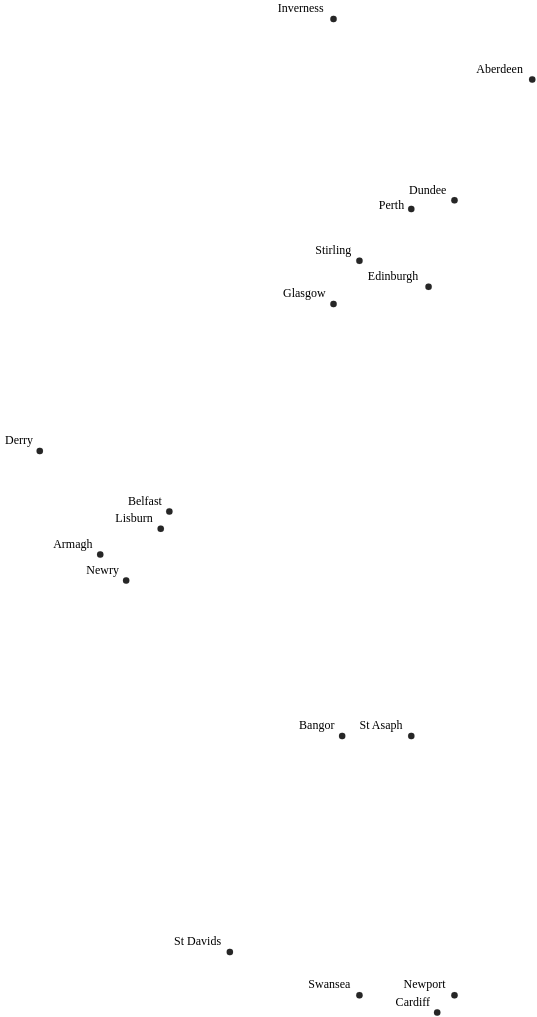
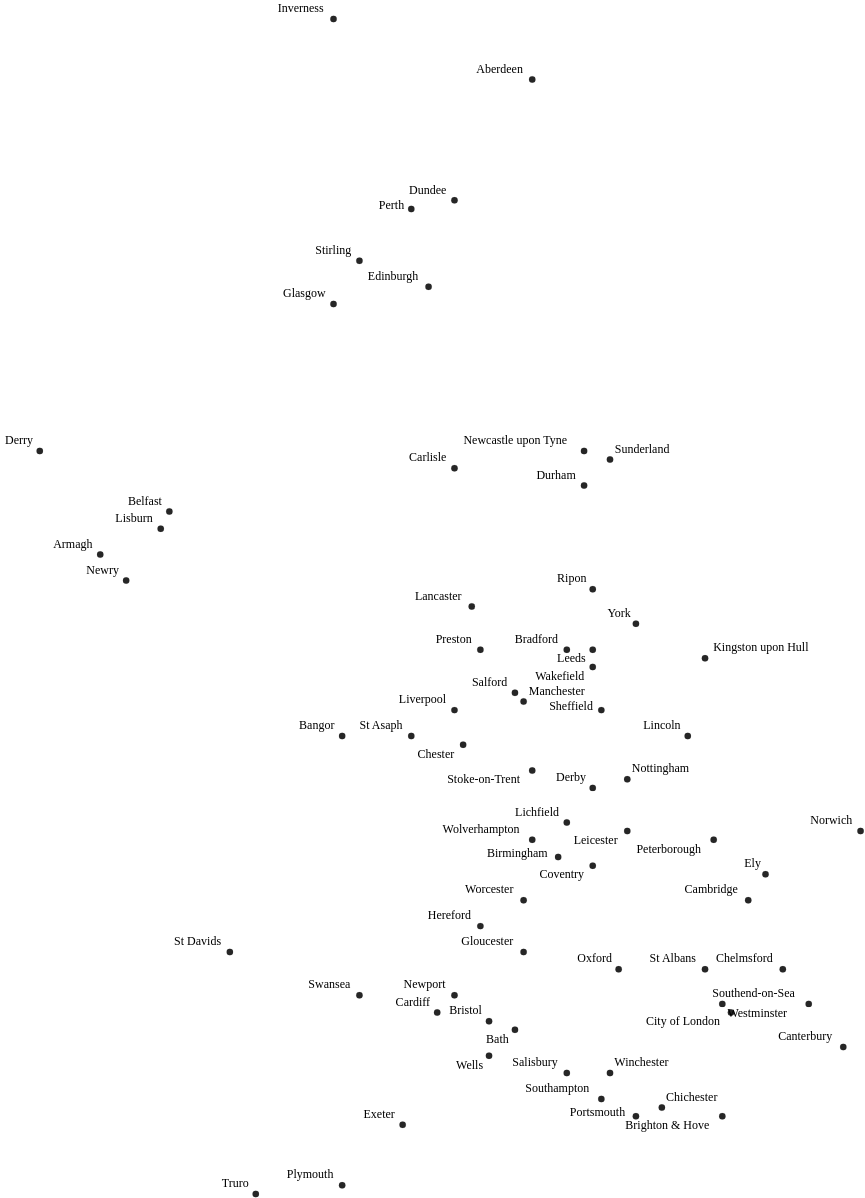
The diagram in uk-roadmap/roadmap.dot (irishmicoletcando/stacks-queues-priorityqueues), drawn with Graphviz before and after one commit.

Commit message:
Add information about the country of England

```diff
--- a/uk-roadmap/roadmap.dot
+++ b/uk-roadmap/roadmap.dot
@@ -1,38 +1,95 @@
 graph "Cities in the United Kingdom" {
   graph [layout = fdp; bgcolor = white;];
   node [shape = point; color = gray15; height = 0.75; fontsize = 100;];
   edge [color = gray15; penwidth = 2.5; fontsize = 60;];
   
   // north ireland info
   subgraph northern_ireland {
     node [country = "Northern Ireland";];
     armagh [year = 1994;latitude = 54.3499;longitude = -6.6546;xlabel = "Armagh";pos = "7,74!";];
     belfast [year = 1888;latitude = 54.596389;longitude = -5.93;xlabel = "Belfast";pos = "15,79!";];
     derry [year = 1604;latitude = 54.9975;longitude = -7.32;xlabel = "Derry";pos = "0,86!";];
     lisburn [year = 2002;latitude = 54.512;longitude = -6.031;xlabel = "Lisburn";pos = "14,77!";];
     newry [year = 2002;latitude = 54.176;longitude = -6.349;xlabel = "Newry";pos = "10,71!";];
   }
   
   // wales info
   subgraph wales {
     node [country = "Wales";];
     bangor [year = 0;latitude = 53.228;longitude = -4.128;xlabel = "Bangor";pos = "35,53!";];
     cardiff [year = 1905;latitude = 51.481667;longitude = -3.179167;xlabel = "Cardiff";pos = "46,21!";];
     newport [year = 2002;latitude = 51.583333;longitude = -3;xlabel = "Newport";pos = "48,23!";];
     st_asaph [year = 2012;latitude = 53.258;longitude = -3.442;xlabel = "St Asaph";pos = "43,53!";];
     st_davids [year = 1994;latitude = 51.882;longitude = -5.269;xlabel = "St Davids";pos = "22,28!";];
     swansea [year = 1969;latitude = 51.616667;longitude = -3.95;xlabel = "Swansea";pos = "37,23!";];
   }
   
   // scotland info
   subgraph scotland {
     node [country = "Scotland";];
     aberdeen [year = 1891;latitude = 57.15;longitude = -2.11;xlabel = "Aberdeen";pos = "57,129!";];
     dundee [year = 1889;latitude = 56.462;longitude = -2.9707;xlabel = "Dundee";pos = "48,115!";];
     edinburgh [year = 1329;latitude = 55.953333;longitude = -3.189167;xlabel = "Edinburgh";pos = "45,105!";];
     glasgow [year = 1492;latitude = 55.861111;longitude = -4.25;xlabel = "Glasgow";pos = "34,103!";];
     inverness [year = 2001;latitude = 57.4778;longitude = -4.2247;xlabel = "Inverness";pos = "34,136!";];
     perth [year = 2012;latitude = 56.395833;longitude = -3.433333;xlabel = "Perth";pos = "43,114!";];
     stirling [year = 2002;latitude = 56.1166;longitude = -3.9369;xlabel = "Stirling";pos = "37,108!";];
   }
+  
+  // england info
+  subgraph england {
+    node [country = "England";];
+    bath [year = 1090;latitude = 51.38;longitude = -2.36;xlabel = "Bath";pos = "55,19!";];
+    birmingham [year = 1889;latitude = 52.48;longitude = -1.9025;xlabel = "Birmingham";pos = "60,39!";];
+    bradford [year = 1897;latitude = 53.792;longitude = -1.754;xlabel = "Bradford";pos = "61,63!";];
+    brighton [year = 2001;latitude = 50.827778;longitude = -0.152778;xlabel = "Brighton & Hove";pos = "79,9!";];
+    bristol [year = 1542;latitude = 51.45;longitude = -2.583333;xlabel = "Bristol";pos = "52,20!";];
+    cambridge [year = 1951;latitude = 52.205278;longitude = 0.119167;xlabel = "Cambridge";pos = "82,34!";];
+    canterbury [year = 0;latitude = 51.28;longitude = 1.08;xlabel = "Canterbury";pos = "93,17!";];
+    carlisle [year = 1133;latitude = 54.890833;longitude = -2.943889;xlabel = "Carlisle";pos = "48,84!";];
+    chelmsford [year = 2012;latitude = 51.735278;longitude = 0.479167;xlabel = "Chelmsford";pos = "86,26!";];
+    chester [year = 1541;latitude = 53.19;longitude = -2.89;xlabel = "Chester";pos = "49,52!";];
+    chichester [year = 1075;latitude = 50.8365;longitude = -0.7792;xlabel = "Chichester";pos = "72,10!";];
+    coventry [year = 1102;latitude = 52.408056;longitude = -1.510556;xlabel = "Coventry";pos = "64,38!";];
+    derby [year = 1977;latitude = 52.916667;longitude = -1.483333;xlabel = "Derby";pos = "64,47!";];
+    durham [year = 995;latitude = 54.7761;longitude = -1.5733;xlabel = "Durham";pos = "63,82!";];
+    ely [year = 1109;latitude = 52.398056;longitude = 0.262222;xlabel = "Ely";pos = "84,37!";];
+    exeter [year = 0;latitude = 50.725556;longitude = -3.526944;xlabel = "Exeter";pos = "42,8!";];
+    gloucester [year = 1541;latitude = 51.864444;longitude = -2.244444;xlabel = "Gloucester";pos = "56,28!";];
+    hereford [year = 0;latitude = 52.056;longitude = -2.716;xlabel = "Hereford";pos = "51,31!";];
+    kingston [year = 1897;latitude = 53.744444;longitude = -0.3325;xlabel = "Kingston upon Hull";pos = "77,62!";];
+    lancaster [year = 1937;latitude = 54.047;longitude = -2.801;xlabel = "Lancaster";pos = "50,68!";];
+    leeds [year = 1893;latitude = 53.800268;longitude = -1.549721;xlabel = "Leeds";pos = "64,63!";];
+    leicester [year = 1919;latitude = 52.634444;longitude = -1.131944;xlabel = "Leicester";pos = "68,42!";];
+    lichfield [year = 0;latitude = 52.682;longitude = -1.829;xlabel = "Lichfield";pos = "61,43!";];
+    lincoln [year = 1072;latitude = 53.228333;longitude = -0.538889;xlabel = "Lincoln";pos = "75,53!";];
+    liverpool [year = 1880;latitude = 53.4075;longitude = -2.991944;xlabel = "Liverpool";pos = "48,56!";];
+    london [year = 0;latitude = 51.507222;longitude = -0.1275;xlabel = "City of London";pos = "80,21!";];
+    manchester [year = 1853;latitude = 53.479444;longitude = -2.245278;xlabel = "Manchester";pos = "56,57!";];
+    newcastle [year = 1882;latitude = 54.98;longitude = -1.61;xlabel = "Newcastle upon Tyne";pos = "63,86!";];
+    norwich [year = 1094;latitude = 52.63;longitude = 1.297;xlabel = "Norwich";pos = "95,42!";];
+    nottingham [year = 1897;latitude = 52.953333;longitude = -1.15;xlabel = "Nottingham";pos = "68,48!";];
+    oxford [year = 1542;latitude = 51.751944;longitude = -1.257778;xlabel = "Oxford";pos = "67,26!";];
+    peterborough [year = 1541;latitude = 52.5725;longitude = -0.243056;xlabel = "Peterborough";pos = "78,41!";];
+    plymouth [year = 1928;latitude = 50.371389;longitude = -4.142222;xlabel = "Plymouth";pos = "35,1!";];
+    portsmouth [year = 1926;latitude = 50.805833;longitude = -1.087222;xlabel = "Portsmouth";pos = "69,9!";];
+    preston [year = 2002;latitude = 53.759;longitude = -2.699;xlabel = "Preston";pos = "51,63!";];
+    ripon [year = 1865;latitude = 54.138;longitude = -1.524;xlabel = "Ripon";pos = "64,70!";];
+    salford [year = 1926;latitude = 53.509722;longitude = -2.334444;xlabel = "Salford";pos = "55,58!";];
+    salisbury [year = 1227;latitude = 51.07;longitude = -1.79;xlabel = "Salisbury";pos = "61,14!";];
+    sheffield [year = 1893;latitude = 53.380368;longitude = -1.469701;xlabel = "Sheffield";pos = "65,56!";];
+    southampton [year = 1964;latitude = 50.9025;longitude = -1.404167;xlabel = "Southampton";pos = "65,11!";];
+    southend_on_sea [year = 2022;latitude = 51.55;longitude = 0.71;xlabel = "Southend-on-Sea";pos = "89,22!";];
+    st_albans [year = 1877;latitude = 51.783333;longitude = -0.333333;xlabel = "St Albans";pos = "77,26!";];
+    stoke_on_trent [year = 1925;latitude = 53;longitude = -2.183333;xlabel = "Stoke-on-Trent";pos = "57,49!";];
+    sunderland [year = 1992;latitude = 54.91;longitude = -1.385;xlabel = "Sunderland";pos = "66,85!";];
+    truro [year = 1877;latitude = 50.26;longitude = -5.051;xlabel = "Truro";pos = "25,0!";];
+    wakefield [year = 1888;latitude = 53.683;longitude = -1.499;xlabel = "Wakefield";pos = "64,61!";];
+    wells [year = 0;latitude = 51.209444;longitude = -2.645;xlabel = "Wells";pos = "52,16!";];
+    westminster [year = 1540;latitude = 51.512222;longitude = -0.163333;xlabel = "Westminster";pos = "79,22!";];
+    winchester [year = 0;latitude = 51.062;longitude = -1.317;xlabel = "Winchester";pos = "66,14!";];
+    wolverhampton [year = 2001;latitude = 52.583333;longitude = -2.133333;xlabel = "Wolverhampton";pos = "57,41!";];
+    worcester [year = 0;latitude = 52.192;longitude = -2.22;xlabel = "Worcester";pos = "56,34!";];
+    york [year = 0;latitude = 53.958333;longitude = -1.080278;xlabel = "York";pos = "69,66!";];
+  }
 }
```
